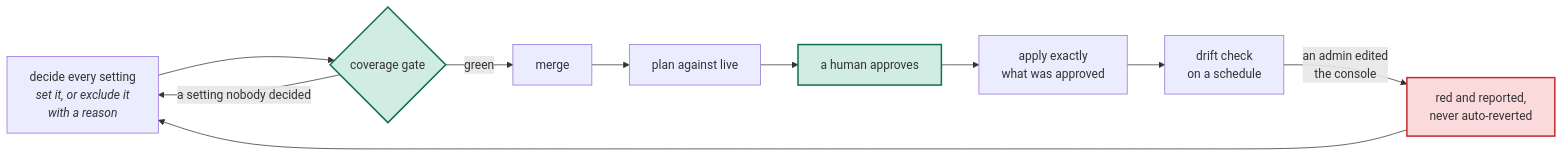
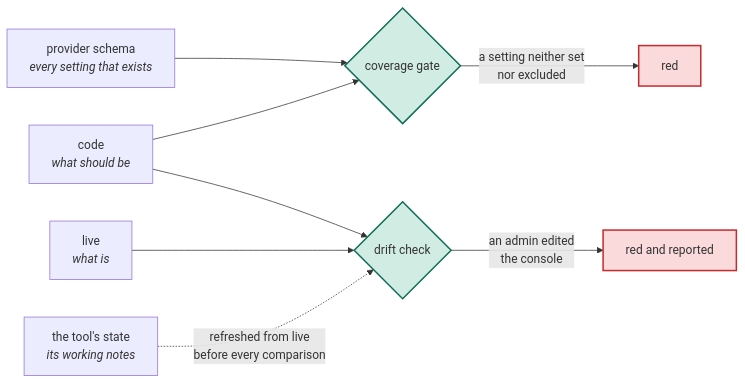
One commit to perimetercompute/specs changed the diagram in org-as-code/SPEC.md. Above: the diagram before and after it, drawn with Mermaid. The commit also changed other lines of this file and 3 other files, not shown here.

First line of the commit message:
org-as-code: rebuild around two ideas, adopt the organization and decide every setting

````diff
--- a/org-as-code/SPEC.md
+++ b/org-as-code/SPEC.md
@@ -33,16 +36,14 @@
 ```mermaid
 flowchart LR
-    decide["decide every setting<br/><i>set it, or exclude it<br/>with a reason</i>"] --> gate{"coverage gate"}
-    gate -- "a setting nobody decided" --> decide
-    gate -- green --> merge["merge"]
-    merge --> plan["plan against live"]
-    plan --> human["a human approves"]
-    human --> apply["apply exactly<br/>what was approved"]
-    apply --> drift["drift check<br/>on a schedule"]
-    drift -- "an admin edited<br/>the console" --> red["red and reported,<br/>never auto-reverted"]
-    red --> decide
-    classDef gate fill:#1d9e7533,stroke:#0f6e56,stroke-width:2px
+    schema["provider schema<br/><i>every setting that exists</i>"] --> gate{"coverage gate"}
+    code["code<br/><i>what should be</i>"] --> gate
+    gate -- "a setting neither set<br/>nor excluded" --> red1["red"]
+    code --> drift{"drift check"}
+    live["live<br/><i>what is</i>"] --> drift
+    drift -- "an admin edited<br/>the console" --> red2["red and reported"]
+    state["the tool's state<br/><i>its working notes</i>"] -. "refreshed from live<br/>before every comparison" .-> drift
+    classDef check fill:#1d9e7533,stroke:#0f6e56,stroke-width:2px
     classDef red fill:#e5484d33,stroke:#c62a2f,stroke-width:2px
-    class gate,human gate
-    class red red
+    class gate,drift check
+    class red1,red2 red
 ```
````
